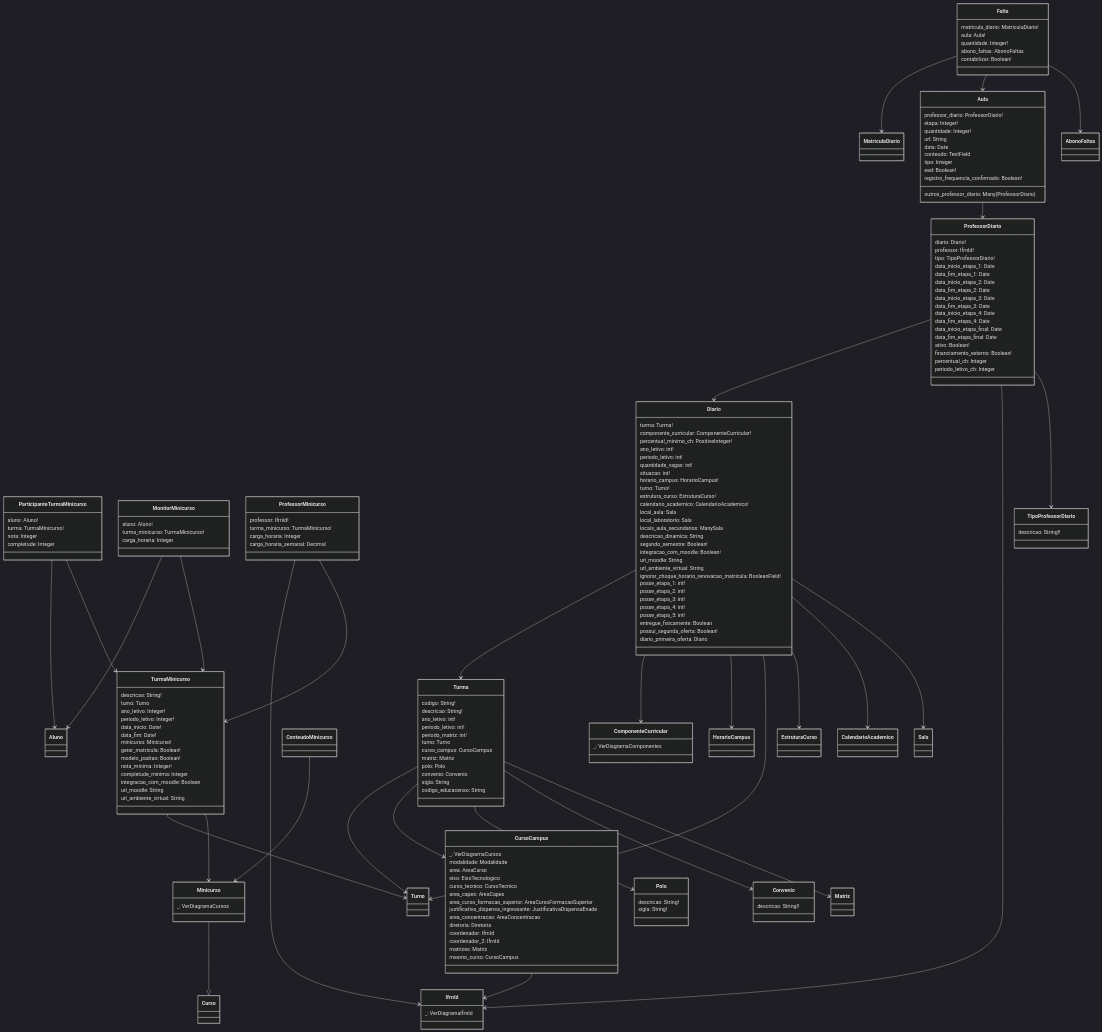
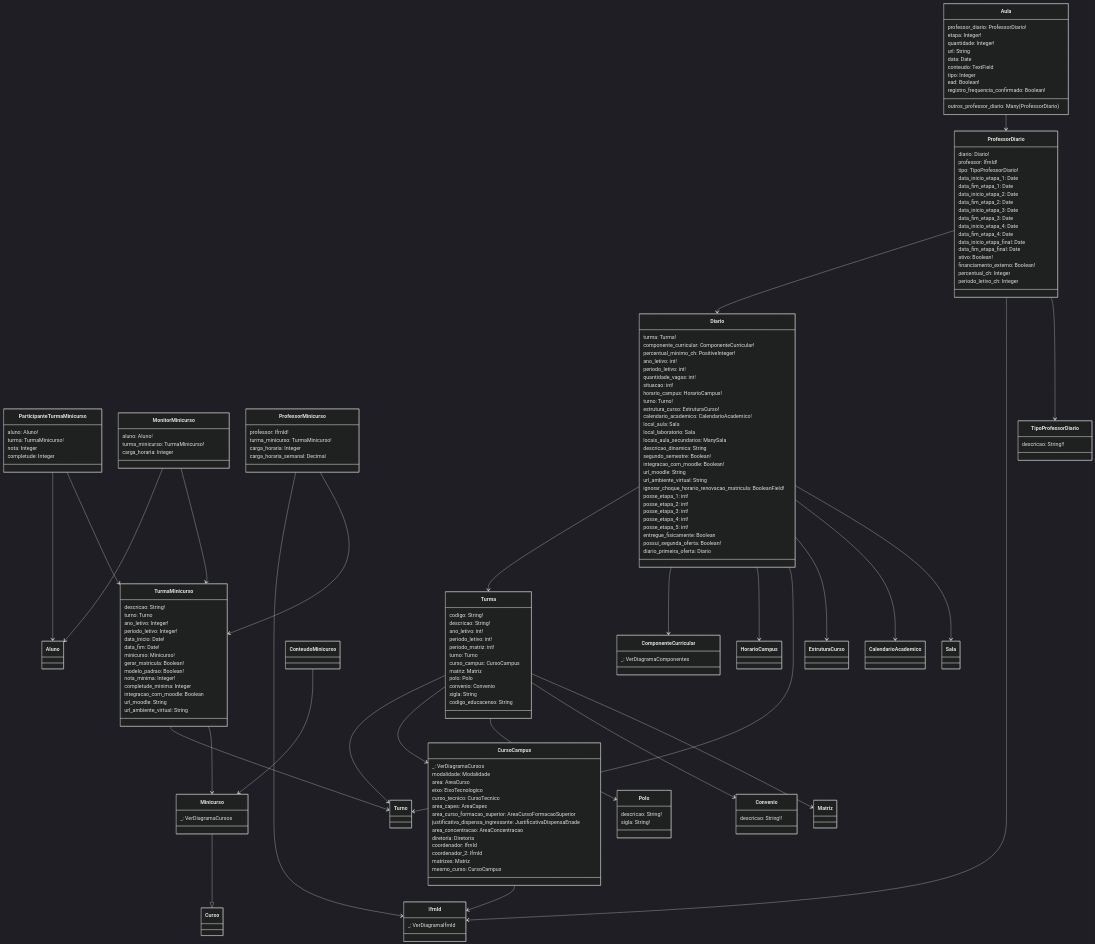
The diagram in suap/edu/diarios.md (cte-zl-ifrn/cte-zl-ifrn.github.io), drawn with Mermaid (dark theme) before and after one commit.

Commit message:
ajustes no diagrama de diários

````diff
--- a/suap/edu/diarios.md
+++ b/suap/edu/diarios.md
@@ -147,13 +147,6 @@
         outros_professor_diario: Many(ProfessorDiario)
         registro_frequencia_confirmado: Boolean!
     }
-    class Falta {
-        matricula_diario: MatriculaDiario!
-        aula: Aula!
-        quantidade: Integer!
-        abono_faltas: AbonoFaltas
-        contabilizar: Boolean!
-    }
 
     CursoCampus --> IfrnId
 
@@ -191,9 +184,6 @@
     ProfessorDiario --> IfrnId
     ProfessorDiario --> TipoProfessorDiario
 
-    Falta --> MatriculaDiario
-    Falta --> Aula
-    Falta --> AbonoFaltas
 
     Aula --> ProfessorDiario
 ```
````
